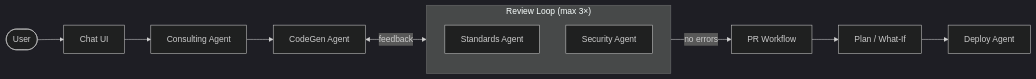
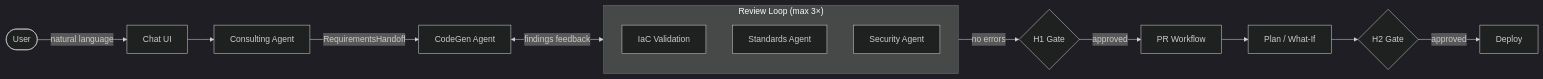
The diagram in README.md (Jamil100/InfraAgent), drawn with Mermaid (dark theme) before and after one commit. The commit also changed other lines of this file and 3 other files, not shown here.

````diff
--- a/README.md
+++ b/README.md
@@ -7,17 +11,20 @@
 ```mermaid
 graph LR
-    User([User]) --> ChatUI[Chat UI]
+    User([User]) -->|natural language| ChatUI[Chat UI]
     ChatUI --> Consulting[Consulting Agent]
-    Consulting --> CodeGen[CodeGen Agent]
+    Consulting -->|RequirementsHandoff| CodeGen[CodeGen Agent]
 
-    subgraph Loop["Review Loop (max 3×)"]
+    subgraph Loop1["Review Loop (max 3×)"]
         direction TB
+        Validate[IaC Validation]
         Standards[Standards Agent]
         Security[Security Agent]
     end
 
-    CodeGen <-->|feedback| Loop
-    Loop -->|no errors| PR[PR Workflow]
+    CodeGen <-->|findings feedback| Loop1
+    Loop1 -->|no errors| H1{H1 Gate}
+    H1 -->|approved| PR[PR Workflow]
     PR --> Plan[Plan / What-If]
-    Plan --> Deploy[Deploy Agent]
+    Plan --> H2{H2 Gate}
+    H2 -->|approved| Deploy[Deploy]
 ```
````
